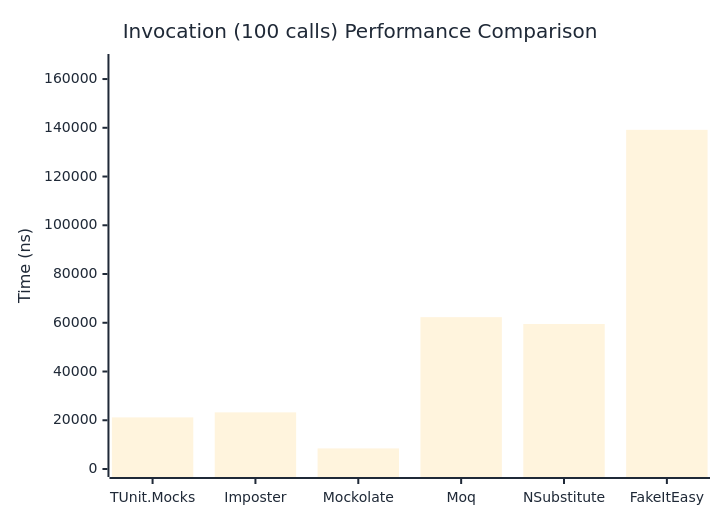
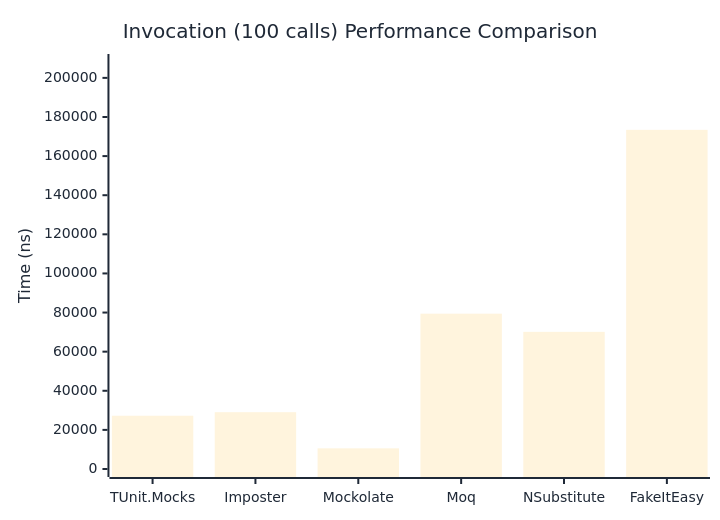
One commit to thomhurst/TUnit changed the third of 3 diagrams in docs/docs/benchmarks/mocks/Invocation.md. Above: the diagram before and after it, drawn with Mermaid. The commit also changed other lines of this file and 14 other files, not shown here.

````diff
--- a/docs/docs/benchmarks/mocks/Invocation.md
+++ b/docs/docs/benchmarks/mocks/Invocation.md
@@ -112,27 +112,27 @@
 ```mermaid
 %%{init: {
   'theme':'base',
   'themeVariables': {
     'primaryColor': '#2563eb',
     'primaryTextColor': '#1f2937',
     'primaryBorderColor': '#1e40af',
     'lineColor': '#6b7280',
     'secondaryColor': '#7c3aed',
     'tertiaryColor': '#dc2626',
     'background': '#ffffff',
     'pie1': '#2563eb',
     'pie2': '#7c3aed',
     'pie3': '#dc2626',
     'pie4': '#f59e0b',
     'pie5': '#10b981',
     'pie6': '#06b6d4',
     'pie7': '#ec4899',
     'pie8': '#6366f1'
   }
 }}%%
 xychart-beta
   title "Invocation (100 calls) Performance Comparison"
   x-axis ["TUnit.Mocks", "Imposter", "Mockolate", "Moq", "NSubstitute", "FakeItEasy"]
-  y-axis "Time (ns)" 0 --> 166993
-  bar [21171.91, 23239.12, 8449.66, 62304.89, 59492.28, 139160.01]
+  y-axis "Time (ns)" 0 --> 208117
+  bar [27240.28, 29050.4, 10561.82, 79428.5, 70130.53, 173430.43]
 ```
````
